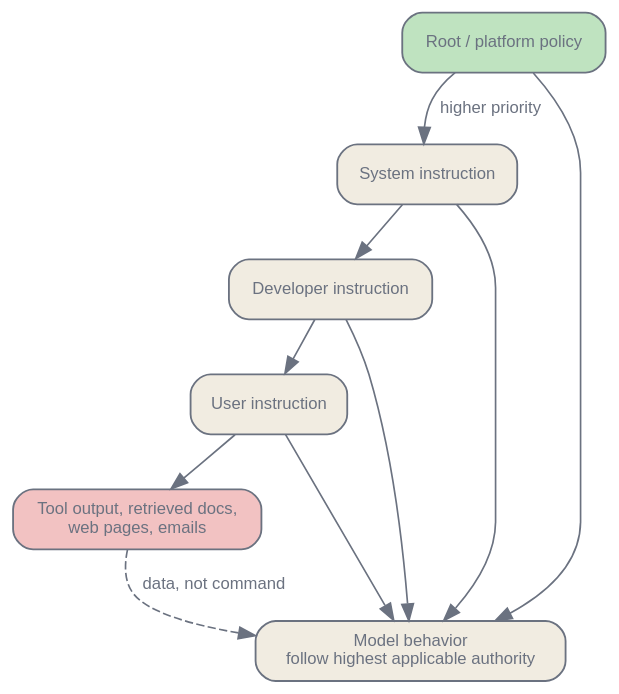
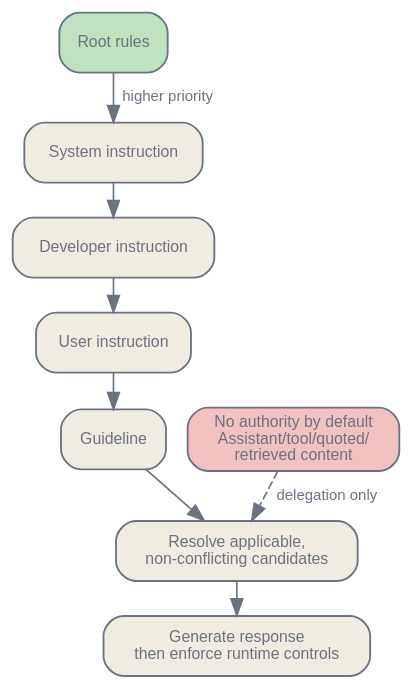
One commit to latere-ai/ai-as-an-infrastructure changed the diagram in en/adaptation/06-safety-tuning-instruction-hierarchy.qmd. Above: the diagram before and after it, drawn with Graphviz. The commit also changed other lines of this file and 3 other files, not shown here.

````diff
--- a/en/adaptation/06-safety-tuning-instruction-hierarchy.qmd
+++ b/en/adaptation/06-safety-tuning-instruction-hierarchy.qmd
@@ -66,28 +115,28 @@
 ```{dot}
 //| label: fig-safety-tuning-hierarchy
-//| fig-cap: "Instruction hierarchy turns safety into conflict training. Higher-authority instructions should dominate lower-authority instructions, while untrusted content is treated as data, not command."
+//| fig-cap: "One product-specific authority chain. Higher authority wins only when applicable instructions conflict. Assistant, tool, quoted, and retrieved content has no authority by default; explicit delegation can make a bounded instruction applicable."
 digraph {
   bgcolor="transparent";
   rankdir=TB;
-  nodesep=0.35; ranksep=0.45;
-  node [shape=box, style="rounded,filled", fontname="Helvetica", fontsize=10, color="#6b7280", fontcolor="#6b7280", fillcolor="#f1ece1", penwidth=1.1];
-  edge [fontsize=10, fontname="Helvetica", color="#6b7280", fontcolor="#6b7280"];
+  nodesep=0.18; ranksep=0.28;
+  node [shape=box, style="rounded,filled", fontname="Helvetica", fontsize=9.5, color="#6b7280", fontcolor="#6b7280", fillcolor="#f1ece1", penwidth=1.1];
+  edge [fontsize=9, fontname="Helvetica", color="#6b7280", fontcolor="#6b7280"];
 
-  root [label="Root / platform policy", fillcolor="#bfe3c0"];
+  root [label="Root rules", fillcolor="#bfe3c0"];
   system [label="System instruction"];
   developer [label="Developer instruction"];
   user [label="User instruction"];
-  tool [label="Tool output, retrieved docs,\nweb pages, emails", fillcolor="#f2c2c2"];
-  model [label="Model behavior\nfollow highest applicable authority"];
+  guideline [label="Guideline"];
+  data [label="No authority by default\nAssistant/tool/quoted/\nretrieved content", fillcolor="#f2c2c2"];
+  resolve [label="Resolve applicable,\nnon-conflicting candidates"];
+  response [label="Generate response\nthen enforce runtime controls"];
 
   root -> system [label="higher priority"];
   system -> developer;
   developer -> user;
-  user -> tool;
-  root -> model;
-  system -> model;
-  developer -> model;
-  user -> model;
-  tool -> model [style=dashed, label="data, not command"];
+  user -> guideline;
+  guideline -> resolve;
+  data -> resolve [style=dashed, label="delegation only"];
+  resolve -> response;
 }
 ```
````
